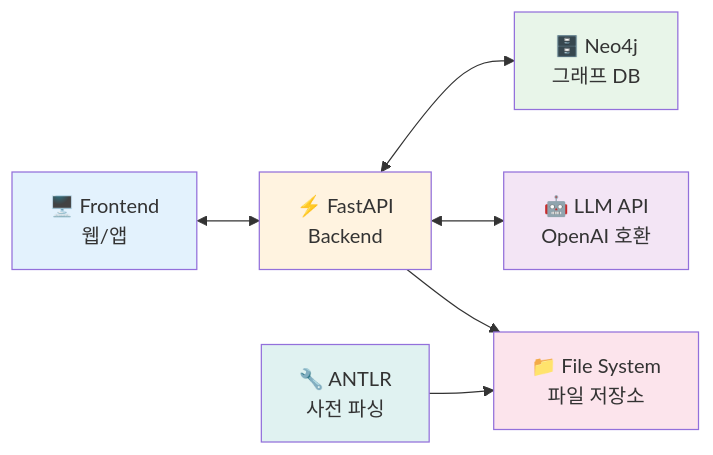
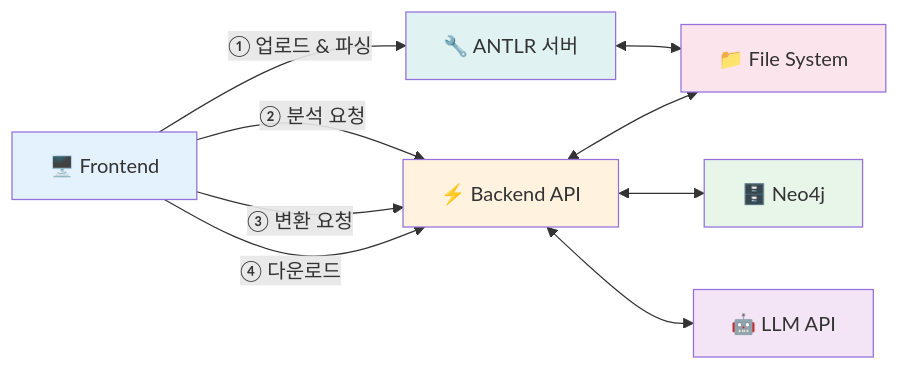
One commit to ahnchiyoon87/legacy-modernizer-backend changed the second of 2 diagrams in README.md. Above: the diagram before and after it, drawn with Mermaid. The commit also changed other lines of this file, not shown here.

Commit message:
docs: improve README with better structure and detailed Neo4j graph model

````diff
--- a/README.md
+++ b/README.md
@@ -164,15 +210,27 @@
 ```mermaid
 flowchart LR
-    FE[🖥️ Frontend<br/>웹/앱] <--> API[⚡ FastAPI<br/>Backend]
-    API <--> NEO[🗄️ Neo4j<br/>그래프 DB]
-    API <--> LLM[🤖 LLM API<br/>OpenAI 호환]
-    API --> FS[📁 File System<br/>파일 저장소]
-    ANTLR[🔧 ANTLR<br/>사전 파싱] --> FS
+    FE[🖥️ Frontend]
+    ANTLR[🔧 ANTLR 서버]
+    API[⚡ Backend API]
+    FS[📁 File System]
+    NEO[🗄️ Neo4j]
+    LLM[🤖 LLM API]
+    
+    FE -->|① 업로드 & 파싱| ANTLR
+    ANTLR <--> FS
+    
+    FE -->|② 분석 요청| API
+    FE -->|③ 변환 요청| API
+    FE -->|④ 다운로드| API
+    
+    API <--> FS
+    API <--> NEO
+    API <--> LLM
     
     style FE fill:#e3f2fd
+    style ANTLR fill:#e0f2f1
     style API fill:#fff3e0
     style NEO fill:#e8f5e9
     style LLM fill:#f3e5f5
     style FS fill:#fce4ec
-    style ANTLR fill:#e0f2f1
 ```
````
